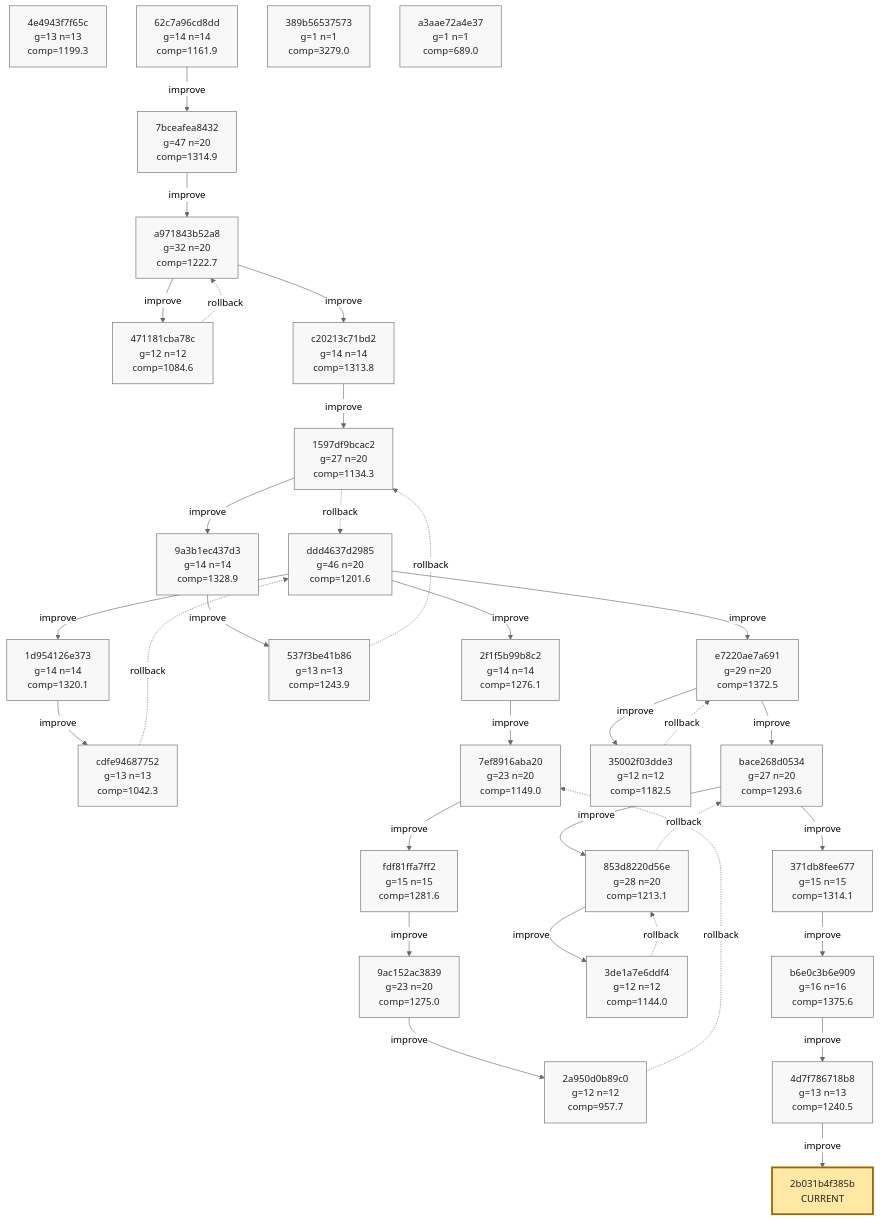
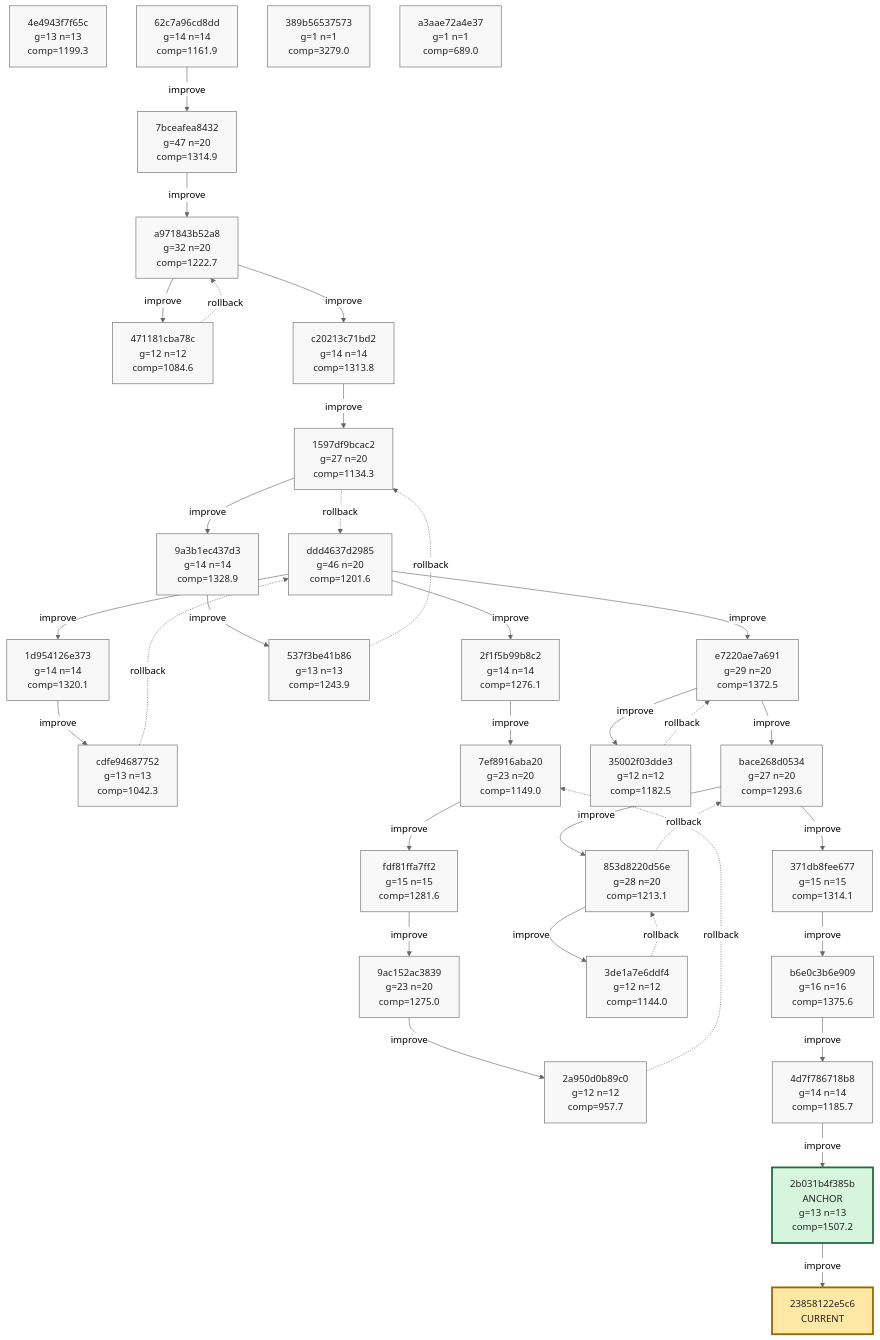
One commit to azumag/soviet_now changed the ninth of 9 diagrams in phyrogenetic-tree.md. Above: the diagram before and after it, drawn with Mermaid (neutral theme). The commit also changed other lines of this file and 2 other files, not shown here.

Commit message:
eloop Improve after 12 games (scores: 2152 2171 1399 845 3113 1416 1755 1063 936 2070 1686 1685)

````diff
--- a/phyrogenetic-tree.md
+++ b/phyrogenetic-tree.md
@@ -2254,10 +2253,11 @@
     h_3de1a7e6ddf4["3de1a7e6ddf4<br/>g=12 n=12<br/>comp=1144.0"]
     h_371db8fee677["371db8fee677<br/>g=15 n=15<br/>comp=1314.1"]
     h_b6e0c3b6e909["b6e0c3b6e909<br/>g=16 n=16<br/>comp=1375.6"]
-    h_4d7f786718b8["4d7f786718b8<br/>g=13 n=13<br/>comp=1240.5"]
+    h_4d7f786718b8["4d7f786718b8<br/>g=14 n=14<br/>comp=1185.7"]
+    h_2b031b4f385b["2b031b4f385b<br/>ANCHOR<br/>g=13 n=13<br/>comp=1507.2"]
     h_389b56537573["389b56537573<br/>g=1 n=1<br/>comp=3279.0"]
     h_a3aae72a4e37["a3aae72a4e37<br/>g=1 n=1<br/>comp=689.0"]
-    h_2b031b4f385b["2b031b4f385b<br/>CURRENT"]
+    h_23858122e5c6["23858122e5c6<br/>CURRENT"]
 
     h_ddd4637d2985 -->|improve| h_1d954126e373
     h_1d954126e373 -->|improve| h_cdfe94687752
@@ -2290,6 +2290,7 @@
     h_371db8fee677 -->|improve| h_b6e0c3b6e909
     h_b6e0c3b6e909 -->|improve| h_4d7f786718b8
     h_4d7f786718b8 -->|improve| h_2b031b4f385b
+    h_2b031b4f385b -->|improve| h_23858122e5c6
 
     classDef plain fill:#f8f8f8,stroke:#666,stroke-width:1px,color:#222;
     classDef current fill:#ffe8a3,stroke:#9a6700,stroke-width:3px,color:#222;
@@ -2321,7 +2322,8 @@
     class h_371db8fee677 plain;
     class h_b6e0c3b6e909 plain;
     class h_4d7f786718b8 plain;
+    class h_2b031b4f385b anchor;
     class h_389b56537573 plain;
     class h_a3aae72a4e37 plain;
-    class h_2b031b4f385b current;
+    class h_23858122e5c6 current;
 ```
````
